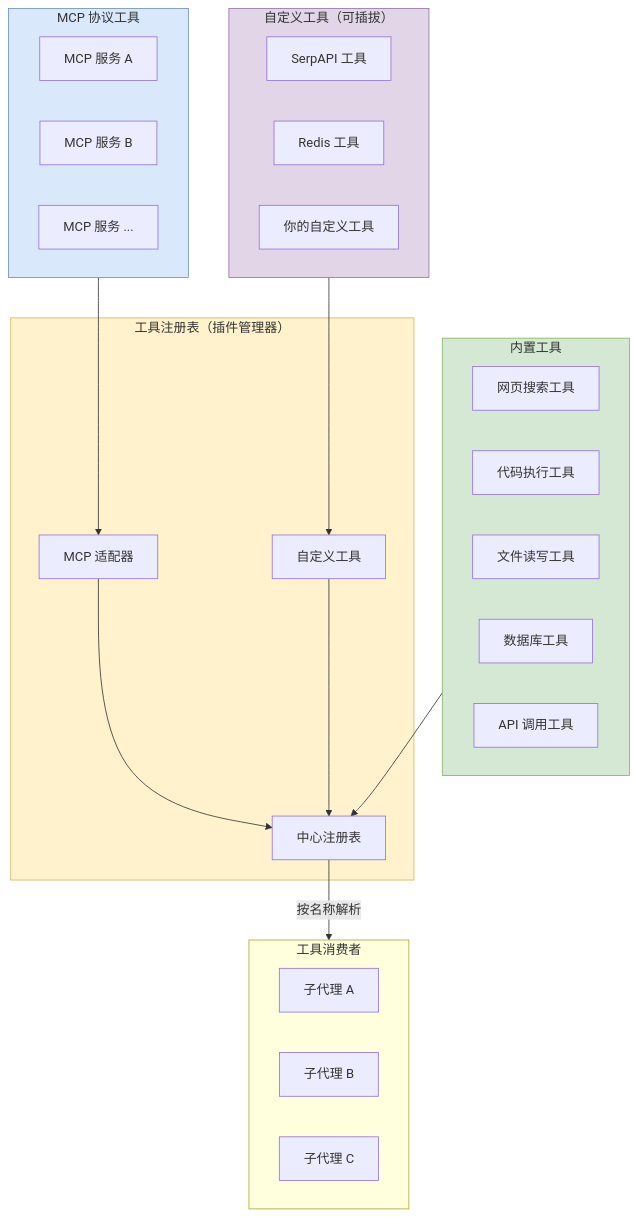
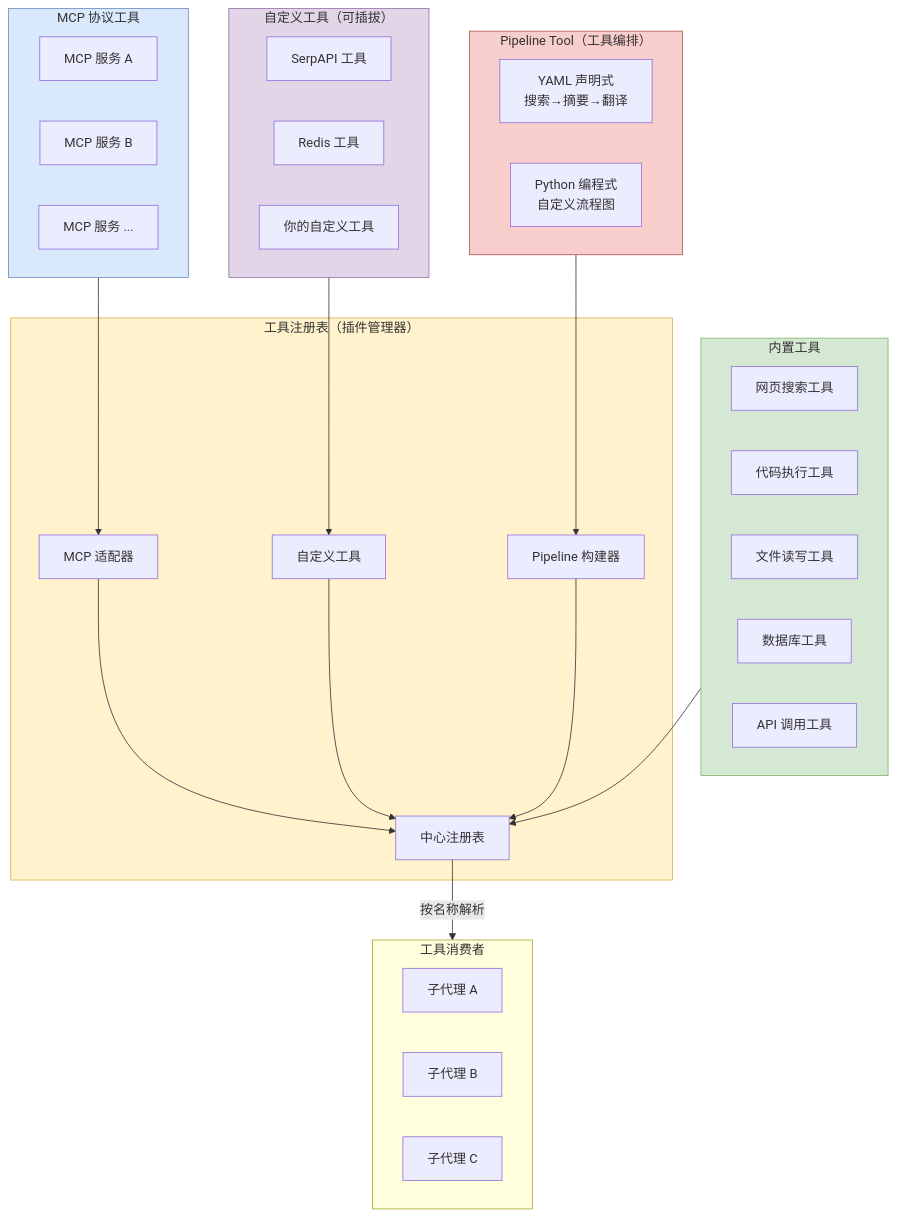
One commit to heelynn/artipivot changed the eighth of 19 diagrams in doc/DESIGN.md. Above: the diagram before and after it, drawn with Mermaid. The commit also changed other lines of this file and 2 other files, not shown here.

````diff
--- a/doc/DESIGN.md
+++ b/doc/DESIGN.md
@@ -563,45 +693,53 @@
 ```mermaid
 flowchart TD
     subgraph ToolRegistry["工具注册表（插件管理器）"]
         TR_C["中心注册表"]
         TR_M["MCP 适配器"]
         TR_Cust["自定义工具"]
+        TR_Pipe["Pipeline 构建器"]
     end
 
     subgraph BuiltIn["内置工具"]
         B1["网页搜索工具"]
         B2["代码执行工具"]
         B3["文件读写工具"]
         B4["数据库工具"]
         B5["API 调用工具"]
     end
 
     subgraph MCP["MCP 协议工具"]
         M1["MCP 服务 A"]
         M2["MCP 服务 B"]
         M3["MCP 服务 ..."]
     end
 
     subgraph Custom["自定义工具（可插拔）"]
         C1["SerpAPI 工具"]
         C2["Redis 工具"]
         C3["你的自定义工具"]
     end
 
+    subgraph Pipeline["Pipeline Tool（工具编排）"]
+        P1["YAML 声明式<br/>搜索→摘要→翻译"]
+        P2["Python 编程式<br/>自定义流程图"]
+    end
+
     BuiltIn --> TR_C
     MCP --> TR_M --> TR_C
     Custom --> TR_Cust --> TR_C
+    Pipeline --> TR_Pipe --> TR_C
 
     subgraph Consumers["工具消费者"]
         SA1["子代理 A"]
         SA2["子代理 B"]
         SA3["子代理 C"]
     end
 
     TR_C -->|"按名称解析"| Consumers
 
     style ToolRegistry fill:#FFF2CC,stroke:#D6B656
     style BuiltIn fill:#D5E8D4,stroke:#82B366
     style MCP fill:#DAE8FC,stroke:#6C8EBF
     style Custom fill:#E1D5E7,stroke:#9673A6
+    style Pipeline fill:#F8CECC,stroke:#B85450
 ```
````
